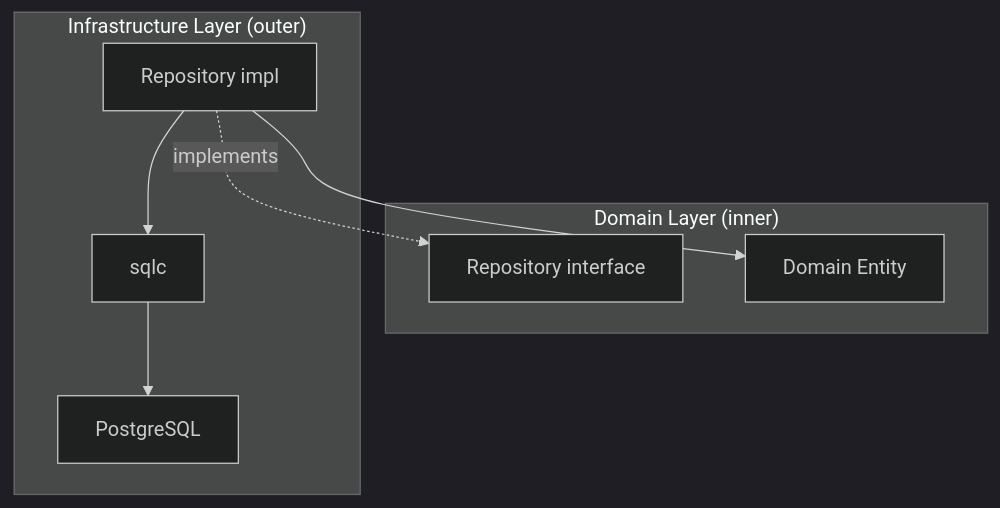
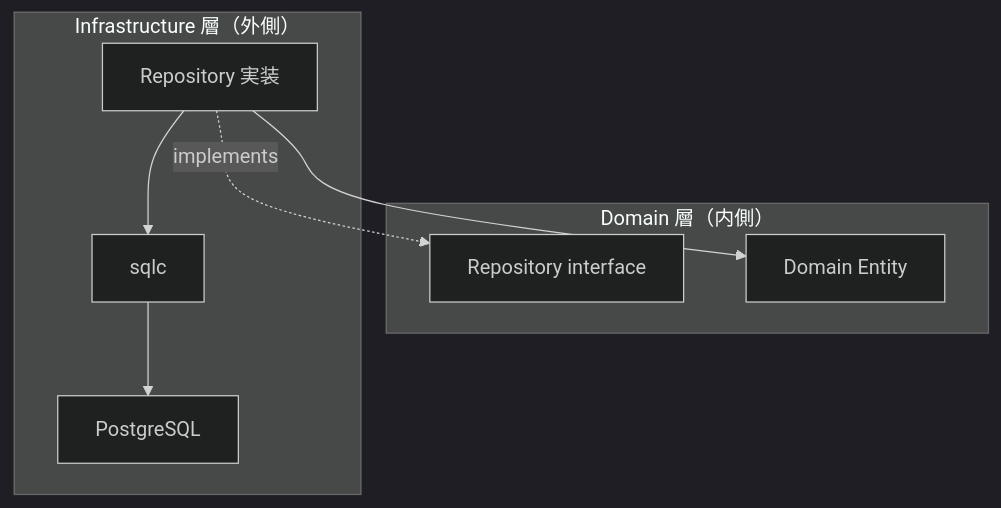
One commit to Tomy-ch/go-boilerplate changed the first of 13 diagrams in internal/infrastructure/rdb/repository/README.md. Above: the diagram before and after it, drawn with Mermaid (dark theme). The commit also changed other lines of this file and 970 other files, not shown here.

````diff
--- a/internal/infrastructure/rdb/repository/README.md
+++ b/internal/infrastructure/rdb/repository/README.md
@@ -7,16 +7,16 @@
 ```mermaid
 flowchart TB
-    subgraph "Domain Layer (inner)"
+    subgraph "Domain 層（内側）"
         RepoIF["Repository interface"]
         Entity["Domain Entity"]
     end
-    subgraph "Infrastructure Layer (outer)"
-        RepoImpl["Repository impl"]
+    subgraph "Infrastructure 層（外側）"
+        RepoImpl["Repository 実装"]
         Sqlc["sqlc"]
         DB["PostgreSQL"]
     end
 
     RepoImpl -. implements .-> RepoIF
     RepoImpl --> Sqlc --> DB
     RepoImpl --> Entity
 ```
````
